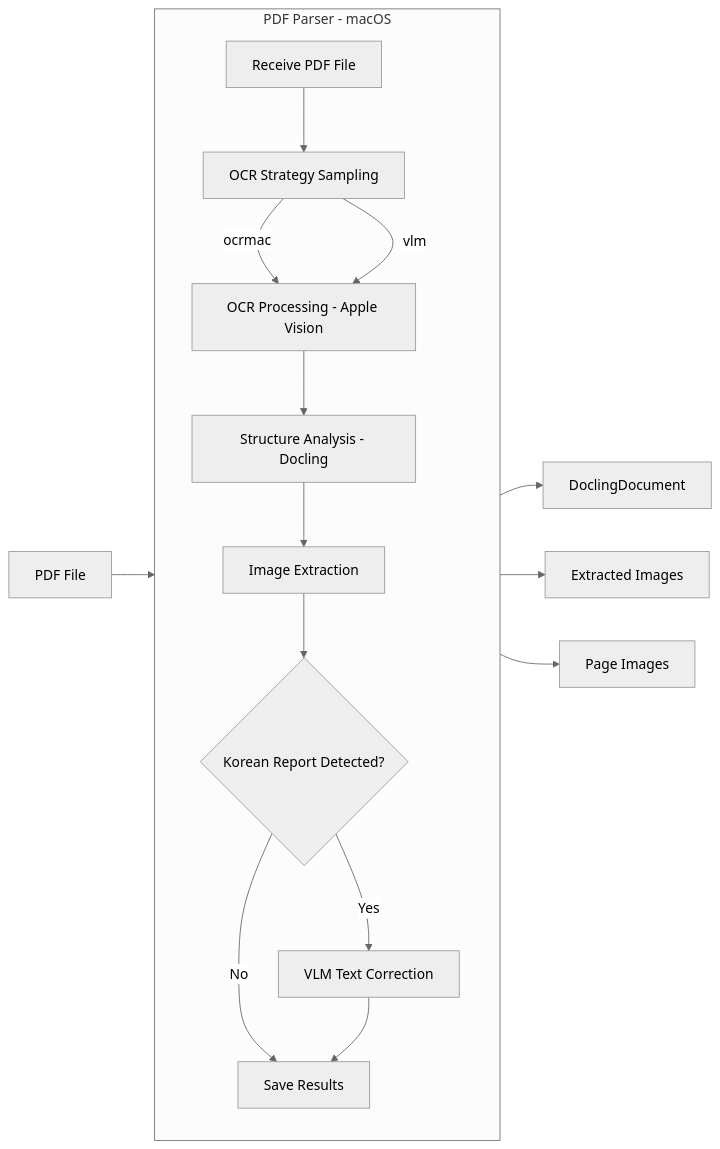
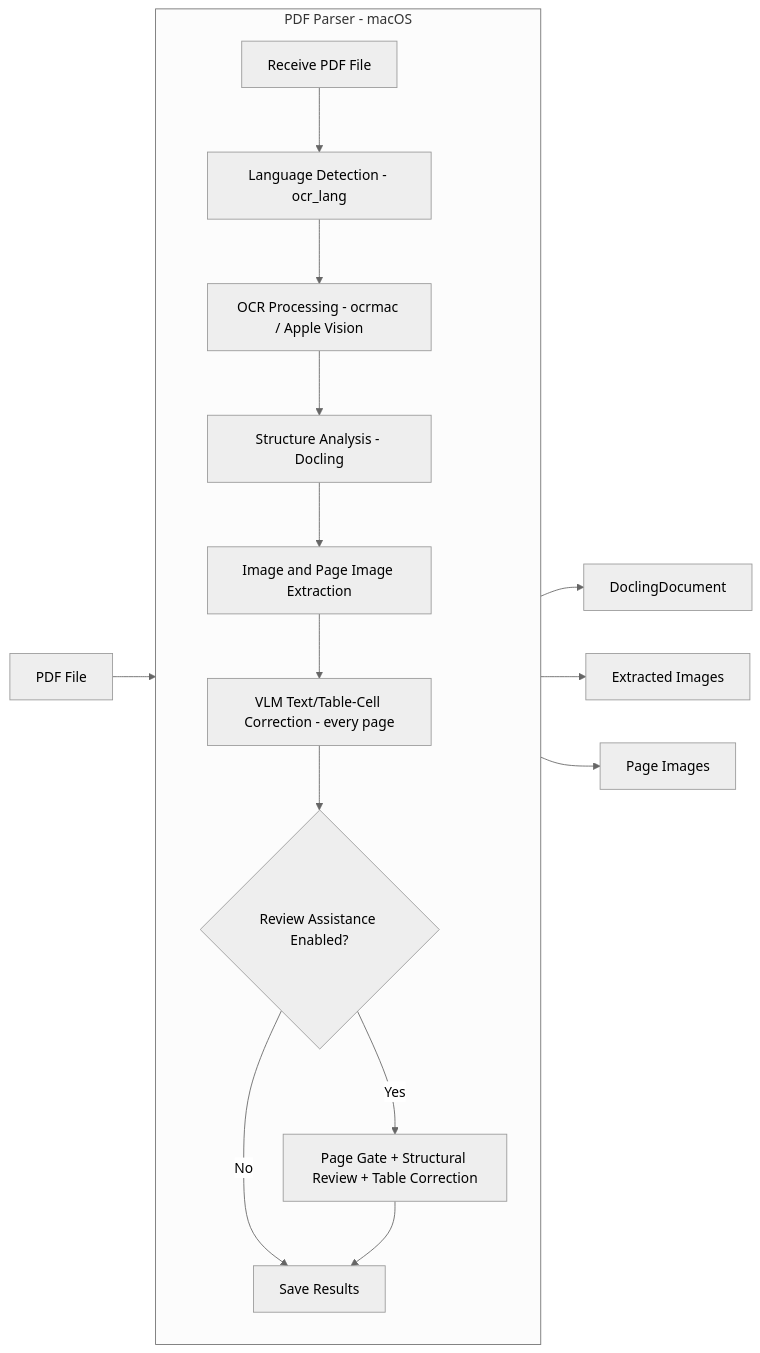
The third of 6 diagrams in docs/architecture.md (heripo-lab/heripo-engine), drawn with Mermaid (neutral theme) before and after one commit. The commit also changed other lines of this file and 12 other files, not shown here.

````diff
--- a/docs/architecture.md
+++ b/docs/architecture.md
@@ -167,20 +173,20 @@
 ```mermaid
 flowchart LR
     subgraph PDFParser[PDF Parser - macOS]
         direction TB
-        A[Receive PDF File] --> B[OCR Strategy Sampling]
-        B -->|ocrmac| C[OCR Processing - Apple Vision]
-        B -->|vlm| C
+        A[Receive PDF File] --> B[Language Detection - ocr_lang]
+        B --> C[OCR Processing - ocrmac / Apple Vision]
         C --> D[Structure Analysis - Docling]
-        D --> E[Image Extraction]
-        E --> F{Korean Report Detected?}
-        F -->|Yes| G[VLM Text Correction]
-        F -->|No| H[Save Results]
-        G --> H
+        D --> E[Image and Page Image Extraction]
+        E --> F[VLM Text/Table-Cell Correction - every page]
+        F --> G{Review Assistance Enabled?}
+        G -->|Yes| R[Page Gate + Structural Review + Table Correction]
+        G -->|No| H[Save Results]
+        R --> H
     end
 
     PDF[PDF File] --> PDFParser
     PDFParser --> Doc[DoclingDocument]
     PDFParser --> Images[Extracted Images]
     PDFParser --> Pages[Page Images]
 ```
````
